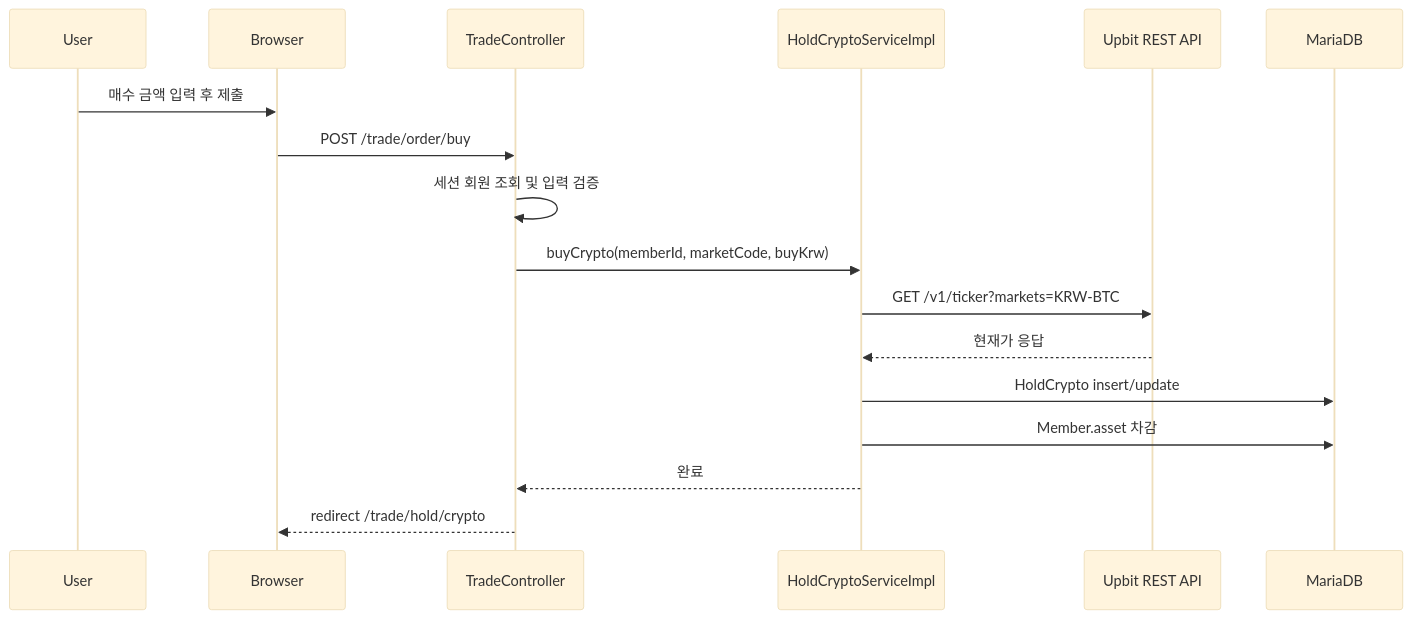
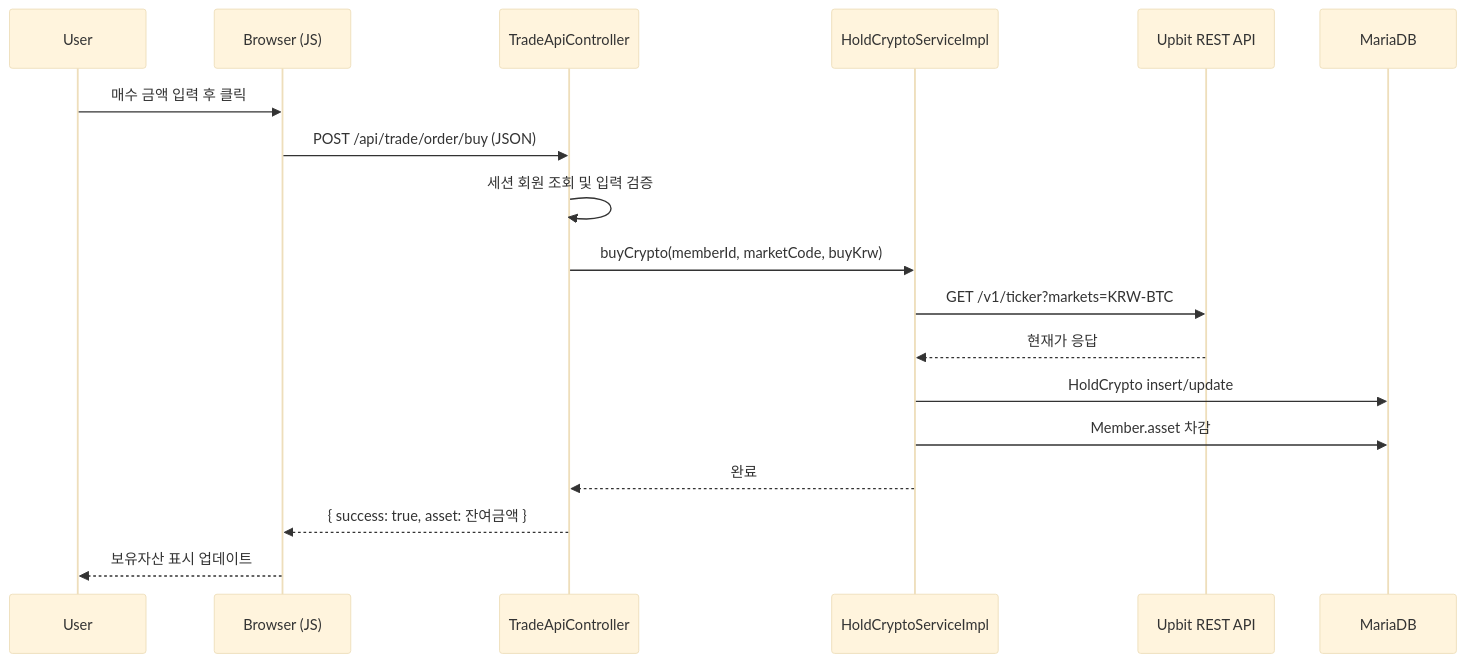
One commit to zhanggu9/stock-coin-trade changed the third of 4 diagrams in README.md. Above: the diagram before and after it, drawn with Mermaid (base theme). The commit also changed other lines of this file and 121 other files, not shown here.

````diff
--- a/README.md
+++ b/README.md
@@ -400,20 +437,21 @@
 ```mermaid
 sequenceDiagram
     participant U as User
-    participant B as Browser
-    participant T as TradeController
+    participant FE as Browser (JS)
+    participant API as TradeApiController
     participant S as HoldCryptoServiceImpl
     participant UAPI as Upbit REST API
     participant DB as MariaDB
 
-    U->>B: 매수 금액 입력 후 제출
-    B->>T: POST /trade/order/buy
-    T->>T: 세션 회원 조회 및 입력 검증
-    T->>S: buyCrypto(memberId, marketCode, buyKrw)
+    U->>FE: 매수 금액 입력 후 클릭
+    FE->>API: POST /api/trade/order/buy (JSON)
+    API->>API: 세션 회원 조회 및 입력 검증
+    API->>S: buyCrypto(memberId, marketCode, buyKrw)
     S->>UAPI: GET /v1/ticker?markets=KRW-BTC
     UAPI-->>S: 현재가 응답
     S->>DB: HoldCrypto insert/update
     S->>DB: Member.asset 차감
-    S-->>T: 완료
-    T-->>B: redirect /trade/hold/crypto
+    S-->>API: 완료
+    API-->>FE: { success: true, asset: 잔여금액 }
+    FE-->>U: 보유자산 표시 업데이트
 ```
````
